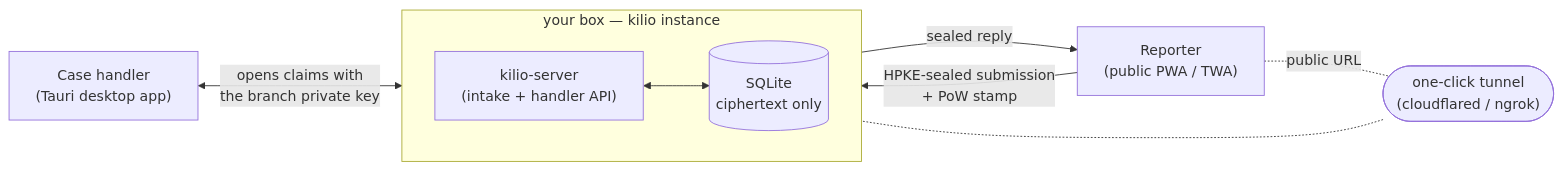
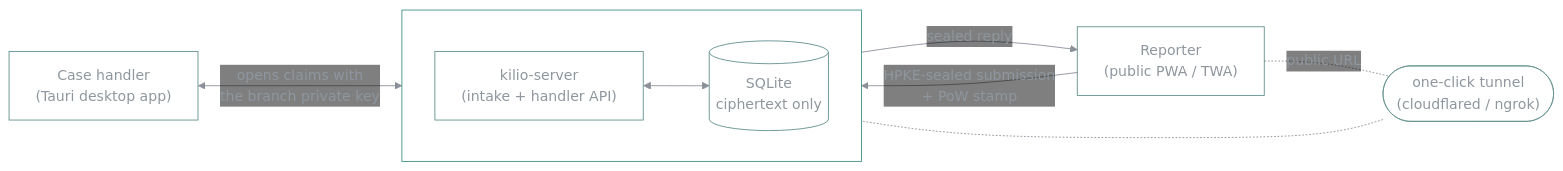
The diagram in README.md (vul-os/kilio), drawn with Mermaid before and after one commit.

Commit message:
readme: theme the mermaid diagrams to match the Vulos landing
Adds a base-theme init to each diagram — transparent node cards with a teal
accent border, mono type, teal edges — so the README diagrams read as one family
with vulos.org, on both GitHub light and dark.

Claude-Session: https://claude.ai/code/session_01Xhu25SUAUienj9Tf38vyVm

````diff
--- a/README.md
+++ b/README.md
@@ -94,18 +94,19 @@
 ```mermaid
+%%{init: {'theme':'base','themeVariables':{'fontFamily':'ui-monospace, SFMono-Regular, Menlo, monospace','primaryColor':'transparent','primaryBorderColor':'#14b8a6','primaryTextColor':'#8f969e','lineColor':'#8a8f98','nodeBorder':'#5f8f8a','edgeLabelBackground':'transparent','clusterBorder':'#3f8f86','clusterBkg':'transparent'}}}%%
 flowchart LR
     reporter["Reporter<br/>(public PWA / TWA)"]
     subgraph box["your box — kilio instance"]
         direction LR
         server["kilio-server<br/>(intake + handler API)"]
         db[("SQLite<br/>ciphertext only")]
         server <--> db
     end
     handler["Case handler<br/>(Tauri desktop app)"]
 
     reporter -->|"HPKE-sealed submission<br/>+ PoW stamp"| server
     server -->|"sealed reply"| reporter
     handler <-->|"opens claims with<br/>the branch private key"| server
 
     tunnel(["one-click tunnel<br/>(cloudflared / ngrok)"])
     reporter -.public URL.- tunnel -.- server
 ```
````
